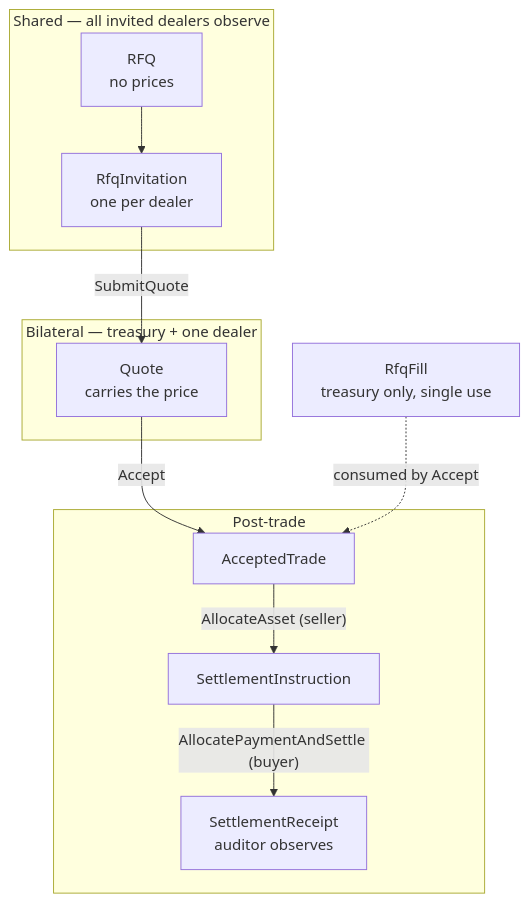
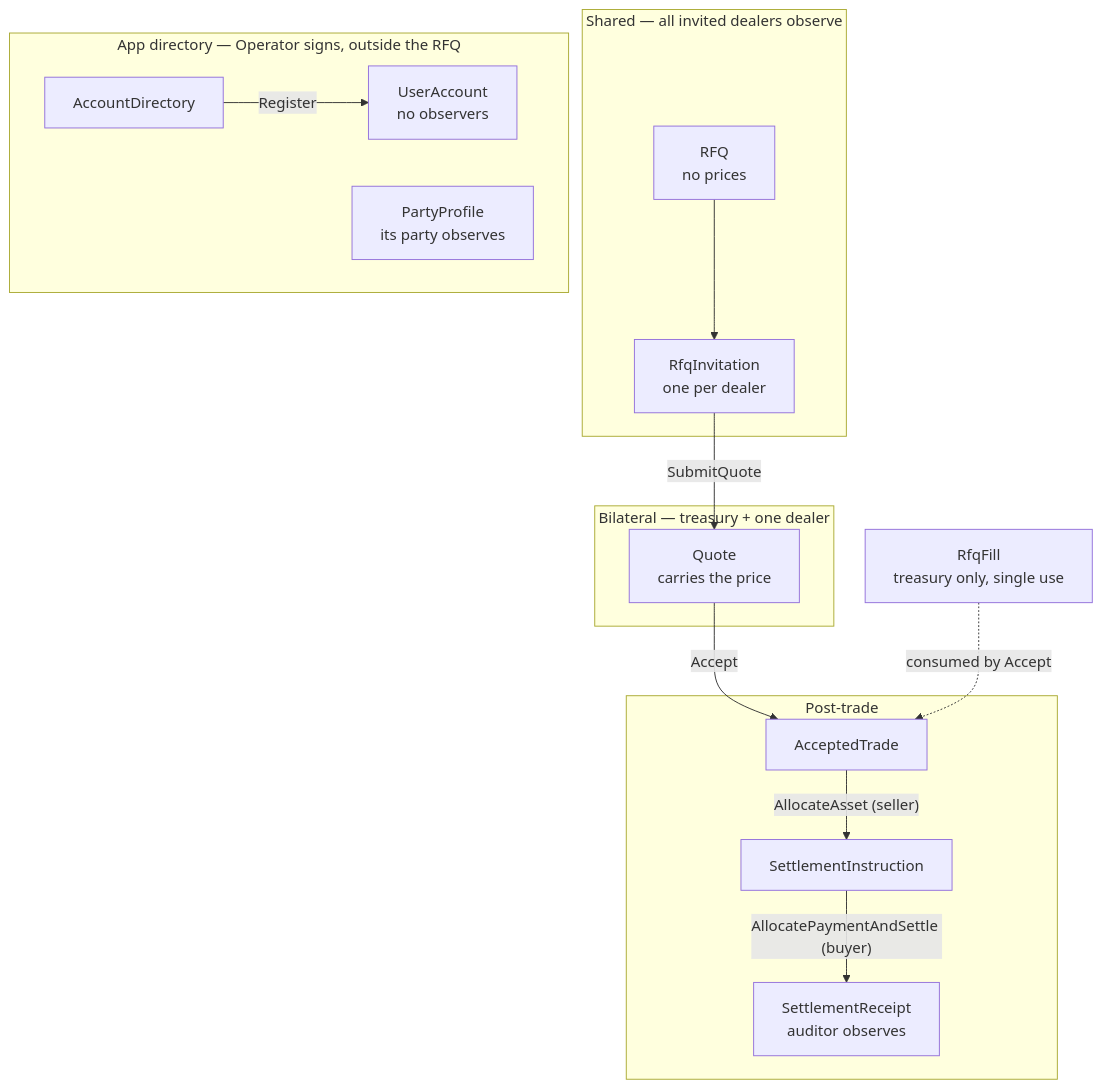
The second of 3 diagrams in README.md (spyderboy92/hackcanton-season-3-treasury-sell), drawn with Mermaid before and after one commit. The commit also changed other lines of this file and 54 other files, not shown here.

````diff
--- a/README.md
+++ b/README.md
@@ -61,14 +67,18 @@
 ```mermaid
 flowchart TB
   subgraph shared["Shared — all invited dealers observe"]
     RFQ["RFQ<br/>no prices"] --> Inv["RfqInvitation<br/>one per dealer"]
   end
   subgraph bilateral["Bilateral — treasury + one dealer"]
     Inv -->|SubmitQuote| Q["Quote<br/>carries the price"]
   end
   subgraph post["Post-trade"]
     AT["AcceptedTrade"] -->|"AllocateAsset (seller)"| SI["SettlementInstruction"] -->|"AllocatePaymentAndSettle (buyer)"| SR["SettlementReceipt<br/>auditor observes"]
   end
   Q -->|Accept| AT
   Fill["RfqFill<br/>treasury only, single use"] -. consumed by Accept .-> AT
+  subgraph accounts["App directory — Operator signs, outside the RFQ"]
+    Dir["AccountDirectory"] -->|Register| UA["UserAccount<br/>no observers"]
+    PP["PartyProfile<br/>its party observes"]
+  end
 ```
````
